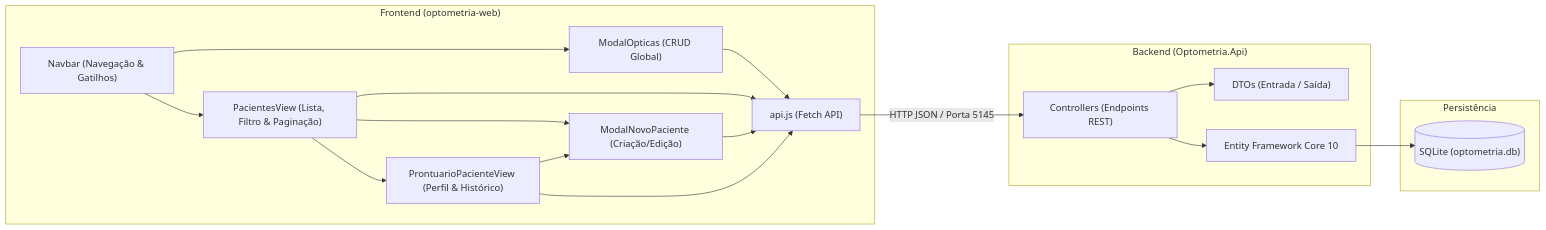
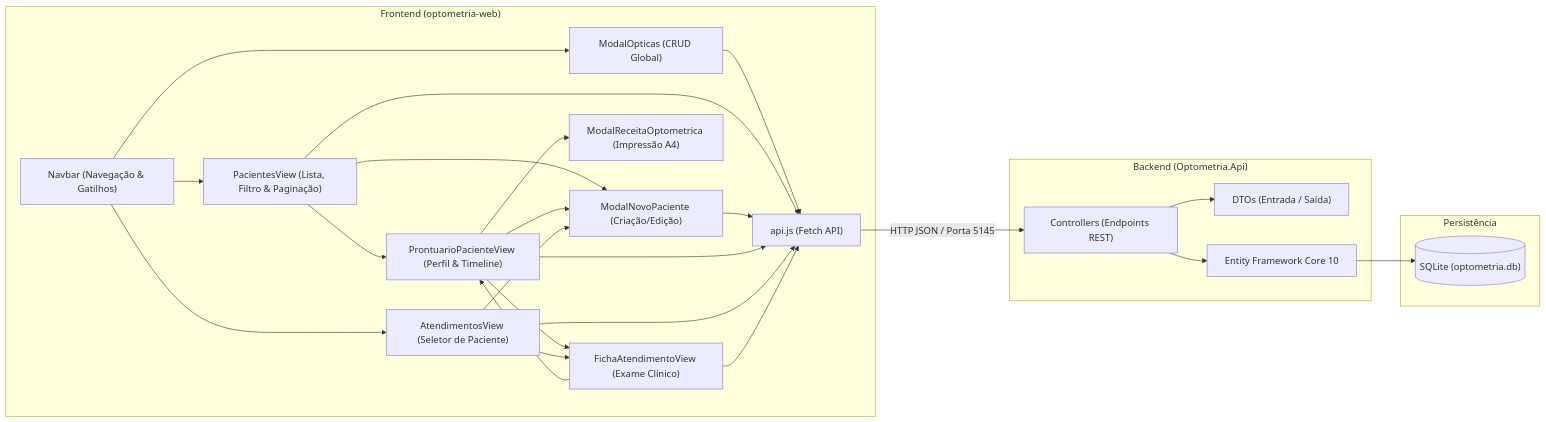
The first of 2 diagrams in docs/referencia-tecnica.md (devdherik/sistema-gestao-optometrica), drawn with Mermaid before and after one commit. The commit also changed other lines of this file and 1 other file, not shown here.

First line of the commit message:
Documenta o fluxo completo de atendimentos

````diff
--- a/docs/referencia-tecnica.md
+++ b/docs/referencia-tecnica.md
@@ -11,37 +11,50 @@
 ```mermaid
 flowchart LR
     subgraph Frontend ["Frontend (optometria-web)"]
         Navbar["Navbar (Navegação & Gatilhos)"]
         ModalOpticas["ModalOpticas (CRUD Global)"]
         ModalPaciente["ModalNovoPaciente (Criação/Edição)"]
+        ModalReceita["ModalReceitaOptometrica (Impressão A4)"]
         PacientesView["PacientesView (Lista, Filtro & Paginação)"]
-        ProntuarioView["ProntuarioPacienteView (Perfil & Histórico)"]
+        ProntuarioView["ProntuarioPacienteView (Perfil & Timeline)"]
+        AtendimentosView["AtendimentosView (Seletor de Paciente)"]
+        FichaAtendimento["FichaAtendimentoView (Exame Clínico)"]
         Service["api.js (Fetch API)"]
         
         Navbar --> ModalOpticas
         Navbar --> PacientesView
+        Navbar --> AtendimentosView
+        
         PacientesView --> ModalPaciente
         PacientesView --> ProntuarioView
         ProntuarioView --> ModalPaciente
+        ProntuarioView --> ModalReceita
+        ProntuarioView --> FichaAtendimento
+        
+        AtendimentosView --> FichaAtendimento
+        AtendimentosView --> ModalPaciente
+        FichaAtendimento --> ProntuarioView
         
         ModalOpticas --> Service
         PacientesView --> Service
         ModalPaciente --> Service
         ProntuarioView --> Service
+        AtendimentosView --> Service
+        FichaAtendimento --> Service
     end
 
     subgraph Backend ["Backend (Optometria.Api)"]
         Controller["Controllers (Endpoints REST)"]
         DTO["DTOs (Entrada / Saída)"]
         EF["Entity Framework Core 10"]
         Controller --> DTO
         Controller --> EF
     end
 
     subgraph Database ["Persistência"]
         SQLite[("SQLite (optometria.db)")]
         EF --> SQLite
     end
 
     Service -->|HTTP JSON / Porta 5145| Controller
 ```
````
